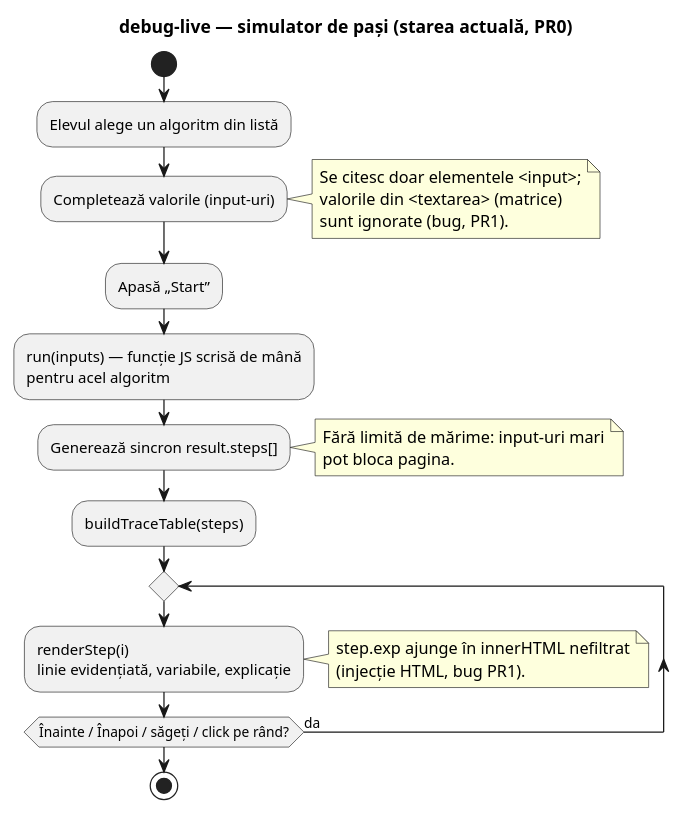
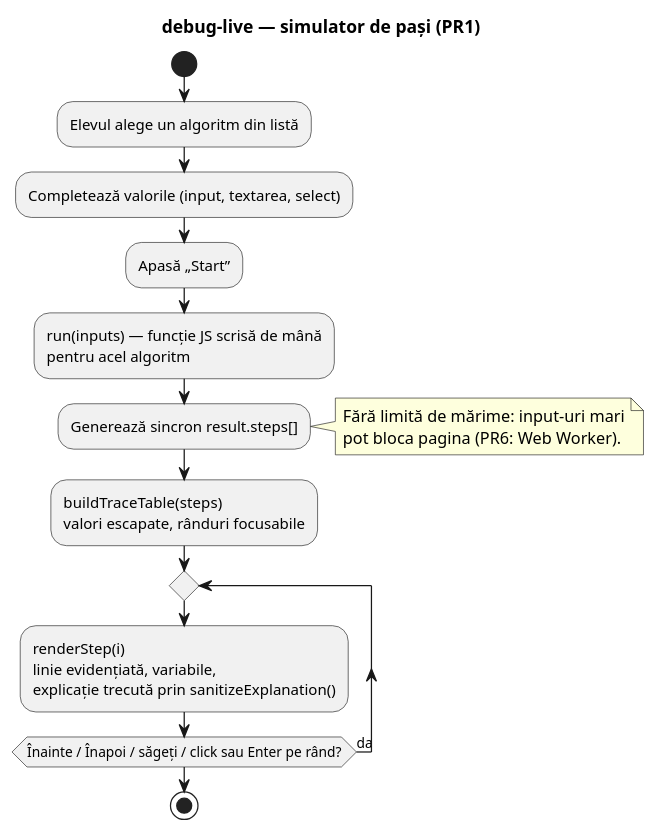
The diagram in astro-legacy/docs/architecture/diagrams/debugger.puml (cristi197/Complexitate-Algoritmi), drawn with PlantUML before and after one commit. The commit also changed 54 other files, not shown here.

First line of the commit message:
PR1: frontend bug fixes - accessibility (WCAG AA on all tool pages), deferred scripts, font preload/fallback, SRI, debug-live XSS + matrix input, honest clipboard feedback, single XP source, OG image, noindex test page

```diff
--- a/astro-legacy/docs/architecture/diagrams/debugger.puml
+++ b/astro-legacy/docs/architecture/diagrams/debugger.puml
@@ -1,30 +1,23 @@
 @startuml debugger
-title debug-live — simulator de pași (starea actuală, PR0)
+title debug-live — simulator de pași (PR1)
 
 start
 :Elevul alege un algoritm din listă;
-:Completează valorile (input-uri);
-note right
-  Se citesc doar elementele <input>;
-  valorile din <textarea> (matrice)
-  sunt ignorate (bug, PR1).
-end note
+:Completează valorile (input, textarea, select);
 :Apasă „Start”;
 :run(inputs) — funcție JS scrisă de mână
 pentru acel algoritm;
 :Generează sincron result.steps[];
 note right
   Fără limită de mărime: input-uri mari
-  pot bloca pagina.
+  pot bloca pagina (PR6: Web Worker).
 end note
-:buildTraceTable(steps);
+:buildTraceTable(steps)
+valori escapate, rânduri focusabile;
 repeat
   :renderStep(i)
-  linie evidențiată, variabile, explicație;
-  note right
-    step.exp ajunge în innerHTML nefiltrat
-    (injecție HTML, bug PR1).
-  end note
-repeat while (Înainte / Înapoi / săgeți / click pe rând?) is (da)
+  linie evidențiată, variabile,
+  explicație trecută prin sanitizeExplanation();
+repeat while (Înainte / Înapoi / săgeți / click sau Enter pe rând?) is (da)
 stop
 @enduml
```
